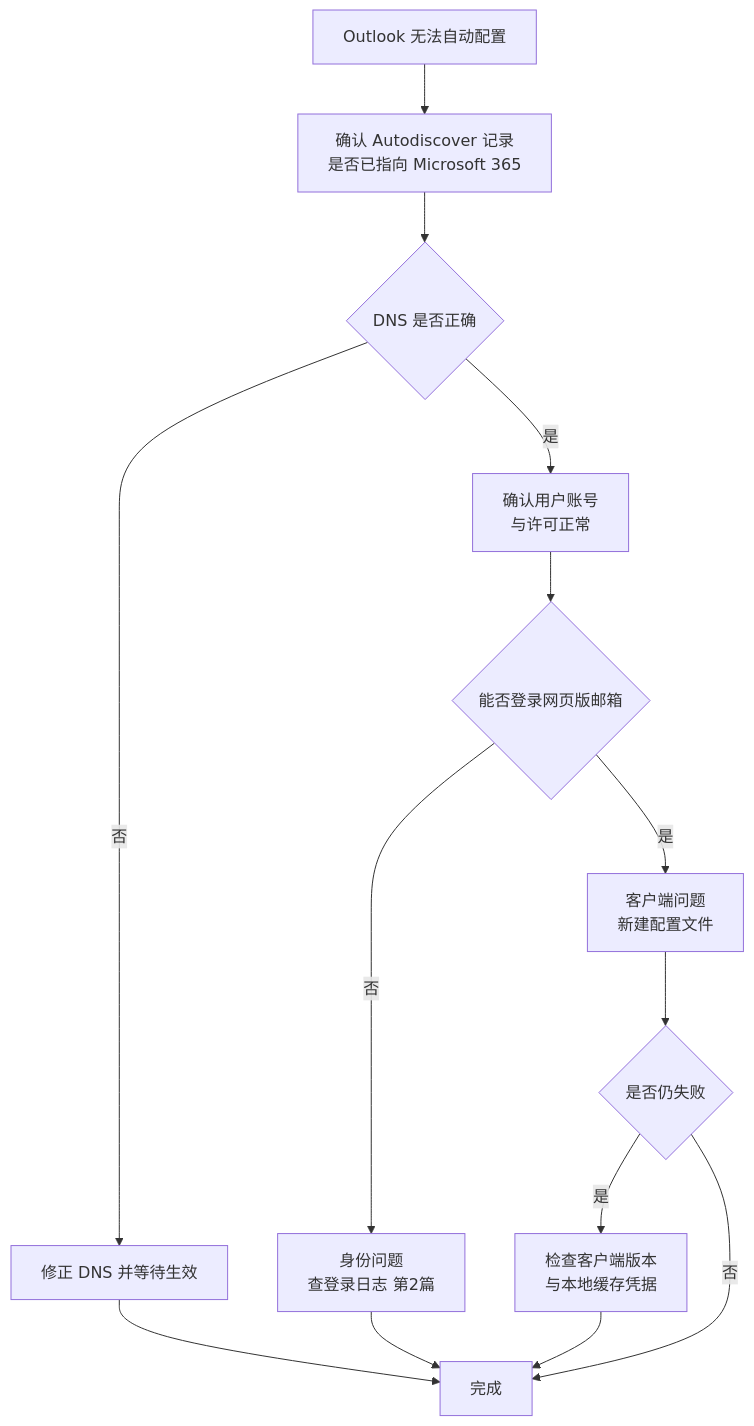
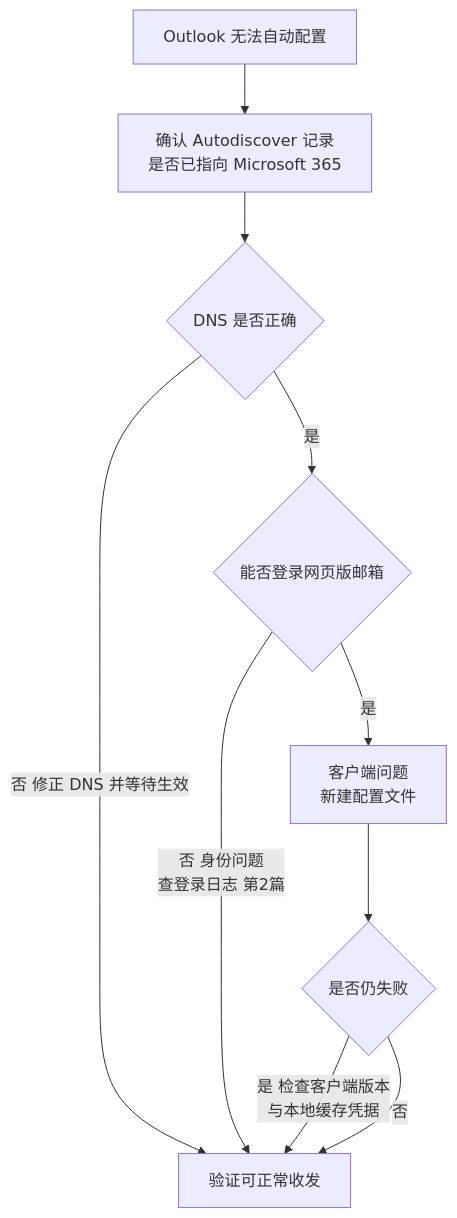
Before and after one commit to zerioo1970/summary: the first of 2 diagrams in Microsoft-365企业导入实施方案/03-邮件-Exchange配置与迁移/10-客户端配置与旧系统下线.md, drawn with Mermaid. The commit also changed 14 other files, not shown here.

First line of the commit message:
fix(docs): 修正 Mermaid 图渲染问题（15 个文件）

````diff
--- a/Microsoft-365企业导入实施方案/03-邮件-Exchange配置与迁移/10-客户端配置与旧系统下线.md
+++ b/Microsoft-365企业导入实施方案/03-邮件-Exchange配置与迁移/10-客户端配置与旧系统下线.md
@@ -30,16 +30,12 @@
 ```mermaid
 graph TD
     A[Outlook 无法自动配置] --> B[确认 Autodiscover 记录<br/>是否已指向 Microsoft 365]
     B --> C{DNS 是否正确}
-    C -->|否| D[修正 DNS 并等待生效]
-    C -->|是| E[确认用户账号<br/>与许可正常]
-    E --> F{能否登录网页版邮箱}
-    F -->|否| G[身份问题<br/>查登录日志 第2篇]
-    F -->|是| H[客户端问题<br/>新建配置文件]
+    C -->|否 修正 DNS 并等待生效| Z[验证可正常收发]
+    C -->|是| E{能否登录网页版邮箱}
+    E -->|否 身份问题<br/>查登录日志 第2篇| Z
+    E -->|是| H[客户端问题<br/>新建配置文件]
     H --> I{是否仍失败}
-    I -->|是| J[检查客户端版本<br/>与本地缓存凭据]
-    I -->|否| K[完成]
-    D --> K
-    G --> K
-    J --> K
+    I -->|是 检查客户端版本<br/>与本地缓存凭据| Z
+    I -->|否| Z
 ```
````
